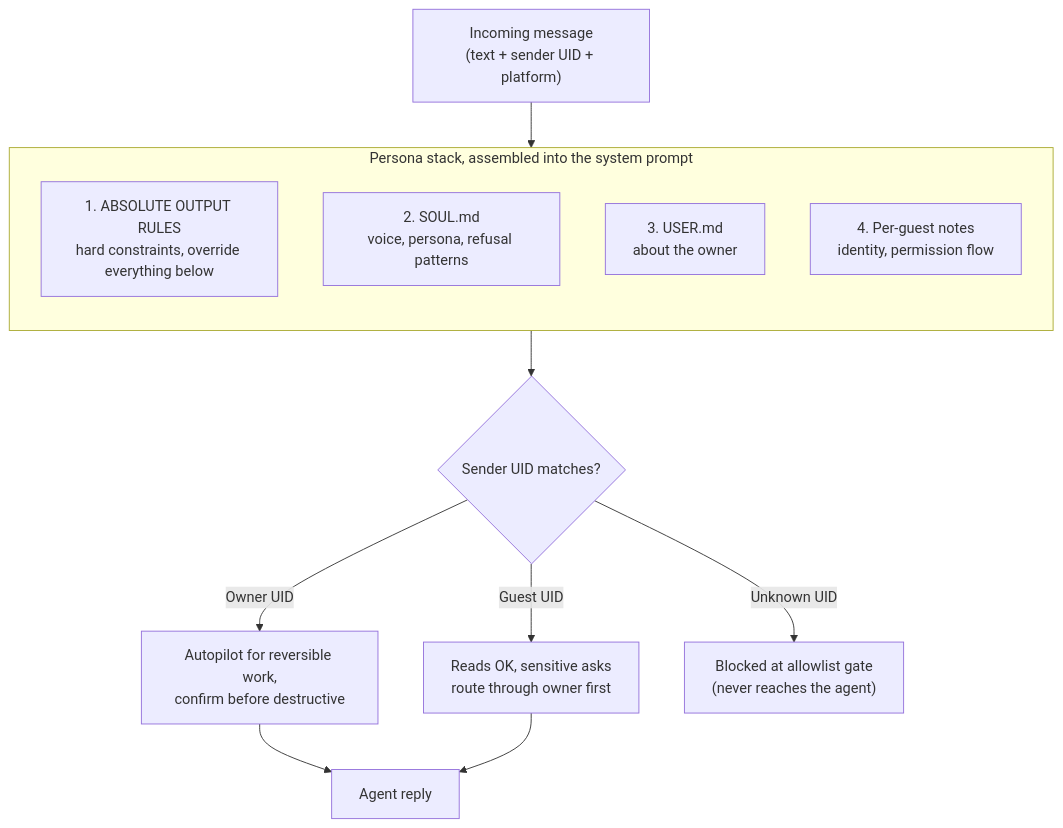
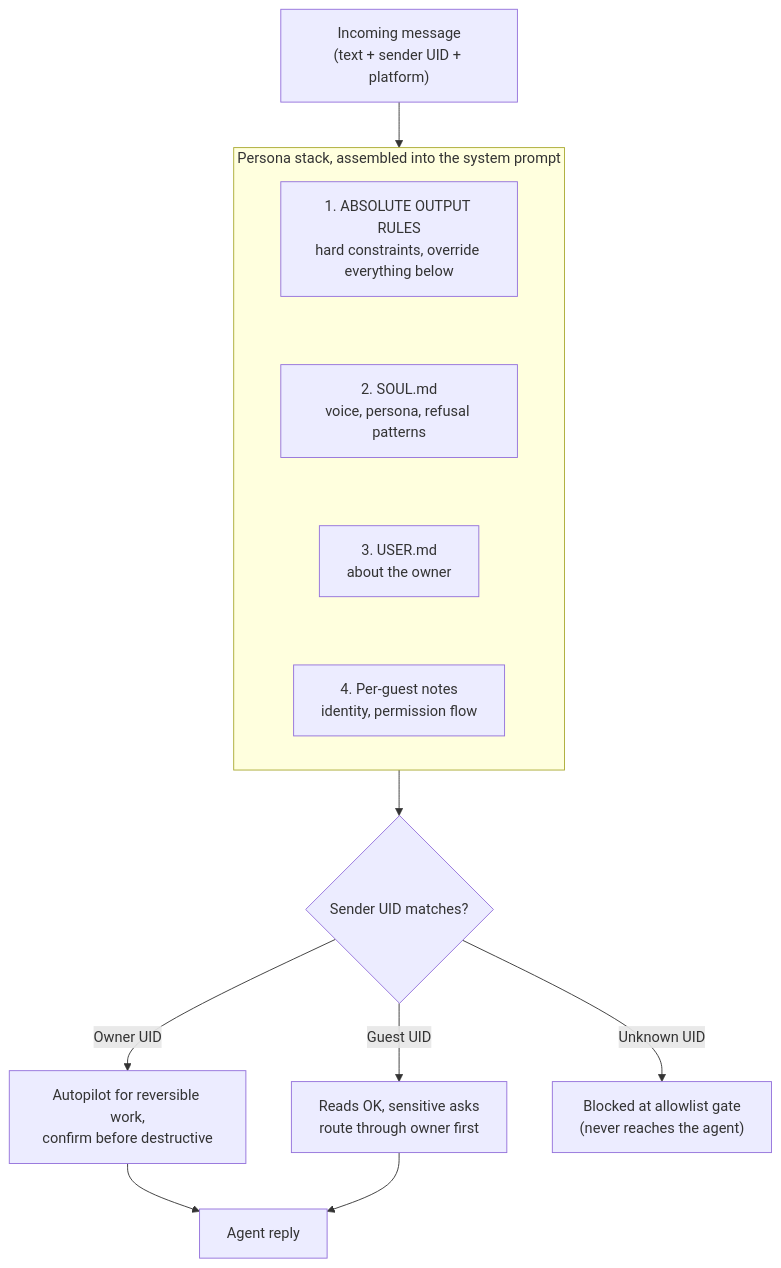
The second of 5 diagrams in content/posts/hermes-agent-setup.md (absolutepraya/blog), drawn with Mermaid before and after one commit. The commit also changed 14 other files, not shown here.

First line of the commit message:
Add sketch look for Mermaid diagrams with Shantell Sans and ELK layout (#14)

````diff
--- a/content/posts/hermes-agent-setup.md
+++ b/content/posts/hermes-agent-setup.md
@@ -70,22 +70,23 @@
 ```mermaid
 graph TD
     Msg["Incoming message<br>(text + sender UID + platform)"]
 
     subgraph Stack["Persona stack, assembled into the system prompt"]
         direction TB
         L1["1. ABSOLUTE OUTPUT RULES<br>hard constraints, override everything below"]
         L2["2. SOUL.md<br>voice, persona, refusal patterns"]
         L3["3. USER.md<br>about the owner"]
         L4["4. Per-guest notes<br>identity, permission flow"]
+        L1 ~~~ L2 ~~~ L3 ~~~ L4
     end
 
     Msg --> Stack
     Stack --> Match{"Sender UID matches?"}
 
     Match -- "Owner UID" --> Aggressive["Autopilot for reversible work,<br>confirm before destructive"]
     Match -- "Guest UID" --> Cautious["Reads OK, sensitive asks<br>route through owner first"]
     Match -- "Unknown UID" --> Block["Blocked at allowlist gate<br>(never reaches the agent)"]
 
     Aggressive --> Reply["Agent reply"]
     Cautious --> Reply
 ```
````
